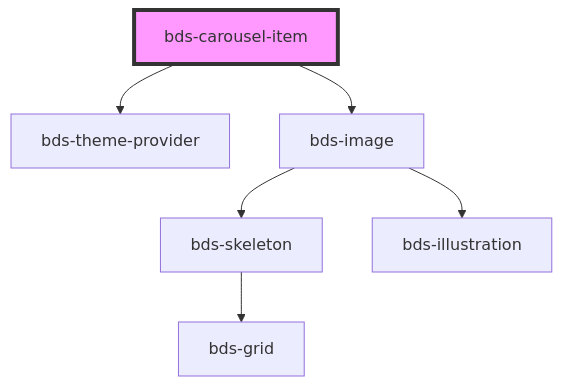
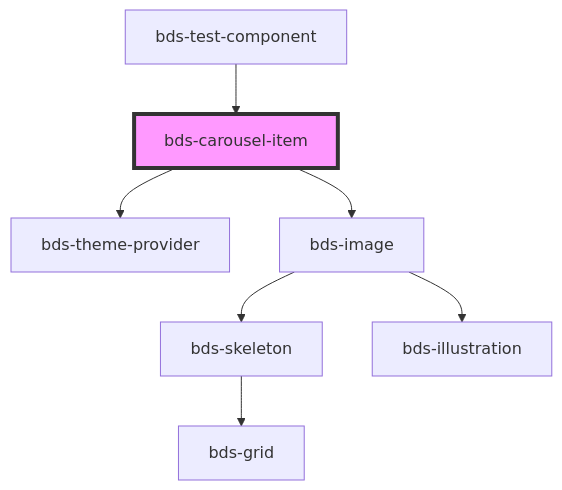
The diagram in src/components/carousel/readme.md (takenet/blip-ds), drawn with Mermaid before and after one commit. The commit also changed other lines of this file and 14 other files, not shown here.

````diff
--- a/src/components/carousel/readme.md
+++ b/src/components/carousel/readme.md
@@ -26,9 +30,10 @@
 ```mermaid
 graph TD;
   bds-carousel-item --> bds-theme-provider
   bds-carousel-item --> bds-image
   bds-image --> bds-skeleton
   bds-image --> bds-illustration
   bds-skeleton --> bds-grid
+  bds-test-component --> bds-carousel-item
   style bds-carousel-item fill:#f9f,stroke:#333,stroke-width:4px
 ```
````
